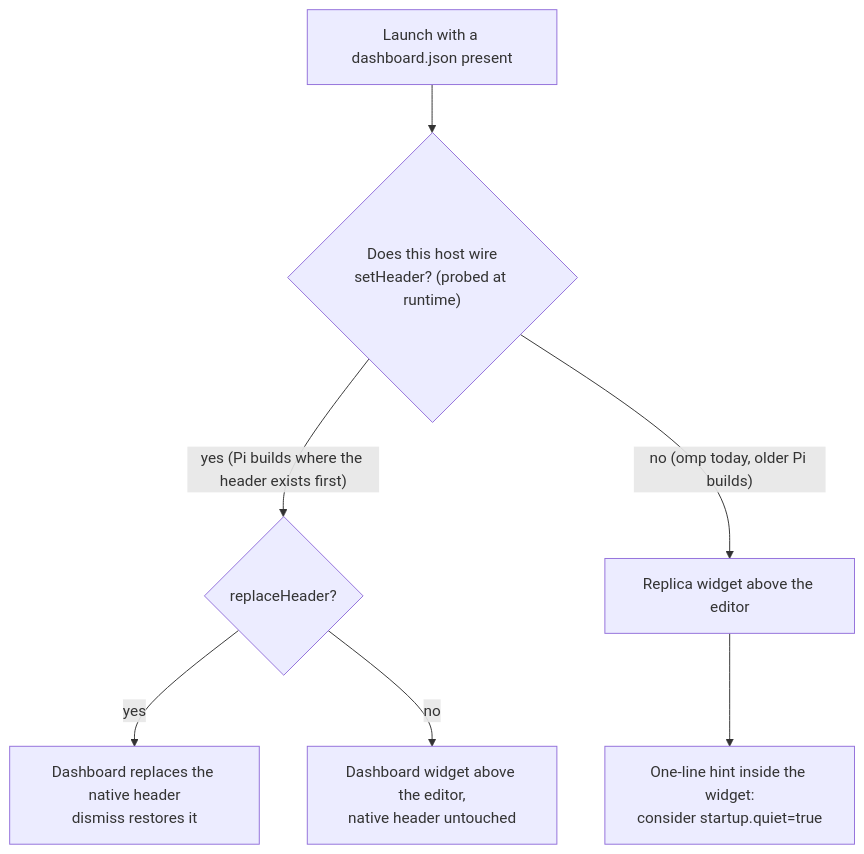
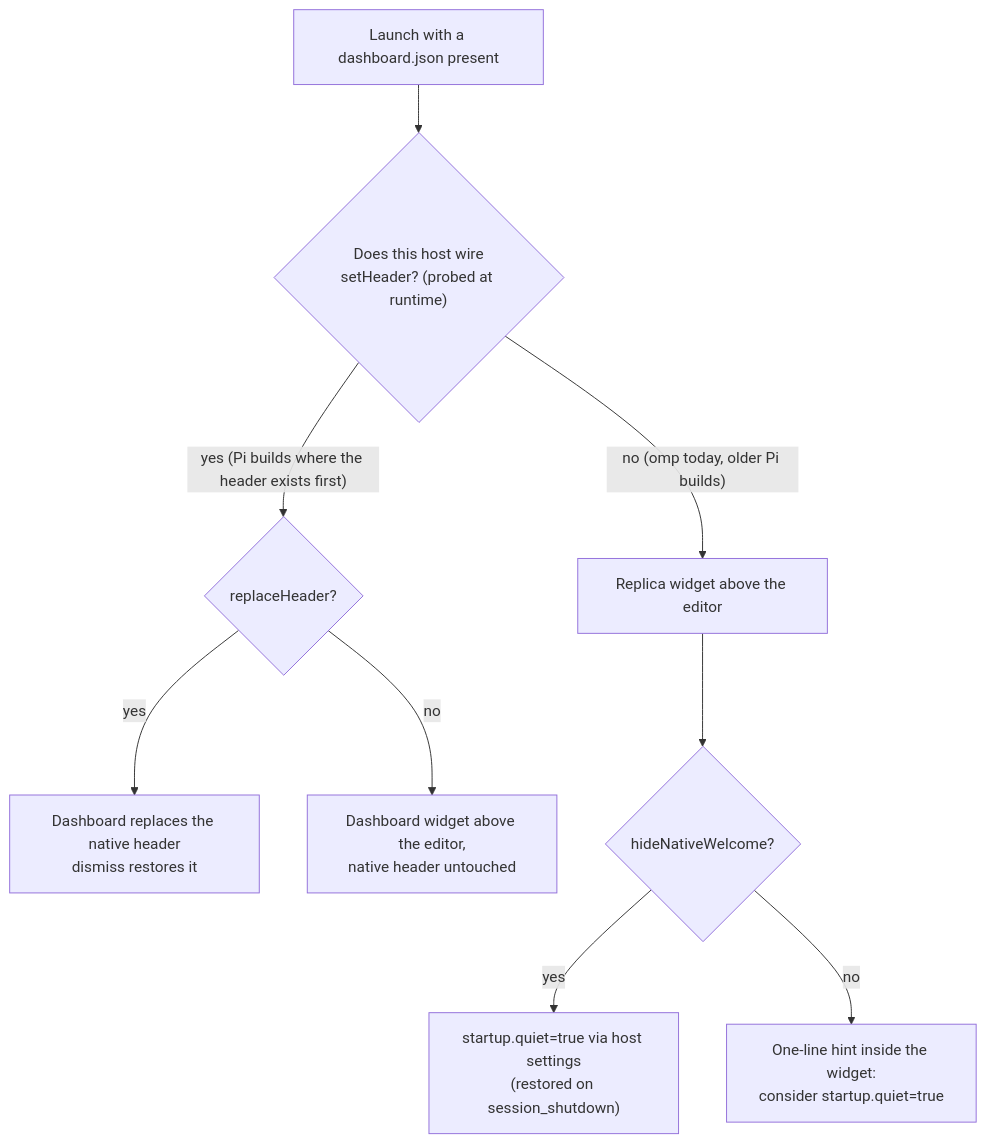
The second of 2 diagrams in docs/USAGE.md (zhulinchng/omp-startup), drawn with Mermaid before and after one commit. The commit also changed other lines of this file and 10 other files, not shown here.

````diff
--- a/docs/USAGE.md
+++ b/docs/USAGE.md
@@ -149,9 +150,11 @@
 ```mermaid
 flowchart TD
     S["Launch with a dashboard.json present"] --> Q{"Does this host wire<br/>setHeader? (probed at runtime)"}
     Q -- "yes (Pi builds where the header exists first)" --> R{"replaceHeader?"}
     R -- yes --> T["Dashboard replaces the native header<br/>dismiss restores it"]
     R -- no --> W["Dashboard widget above the editor,<br/>native header untouched"]
     Q -- "no (omp today, older Pi builds)" --> W2["Replica widget above the editor"]
-    W2 --> H["One-line hint inside the widget:<br/>consider startup.quiet=true"]
+    W2 --> K{"hideNativeWelcome?"}
+    K -- "yes" --> J["startup.quiet=true via host settings<br/>(restored on session_shutdown)"]
+    K -- "no" --> H["One-line hint inside the widget:<br/>consider startup.quiet=true"]
 ```
````
